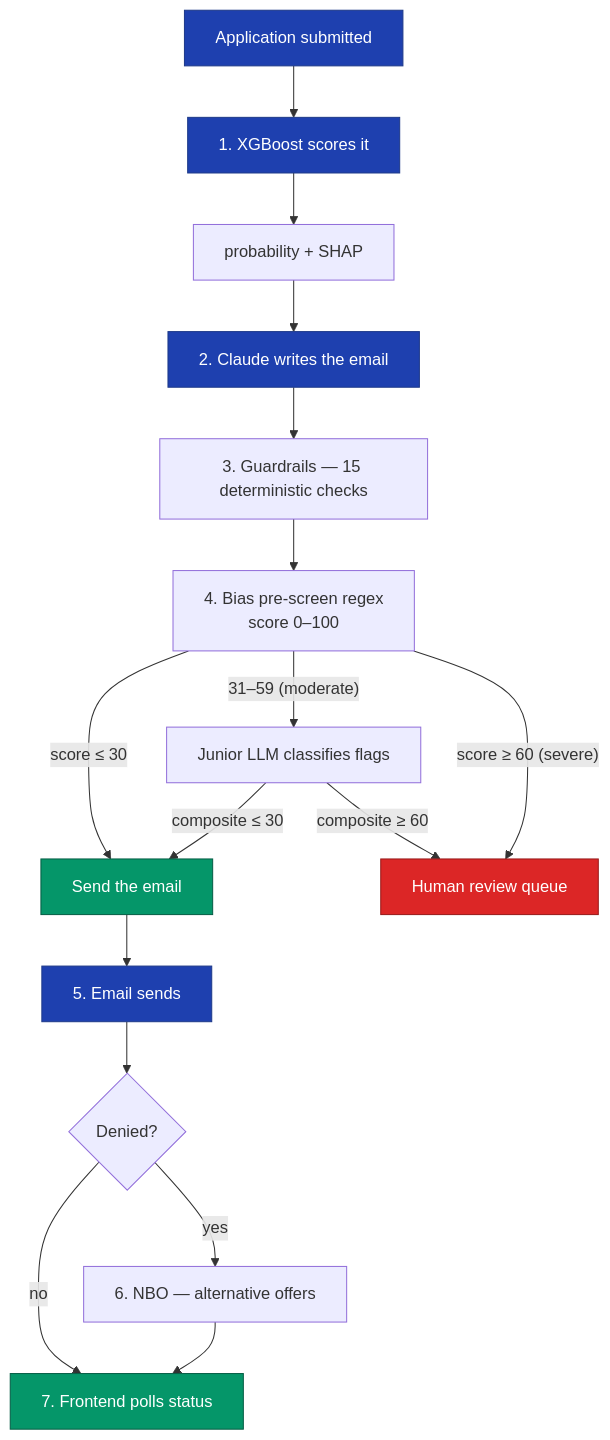
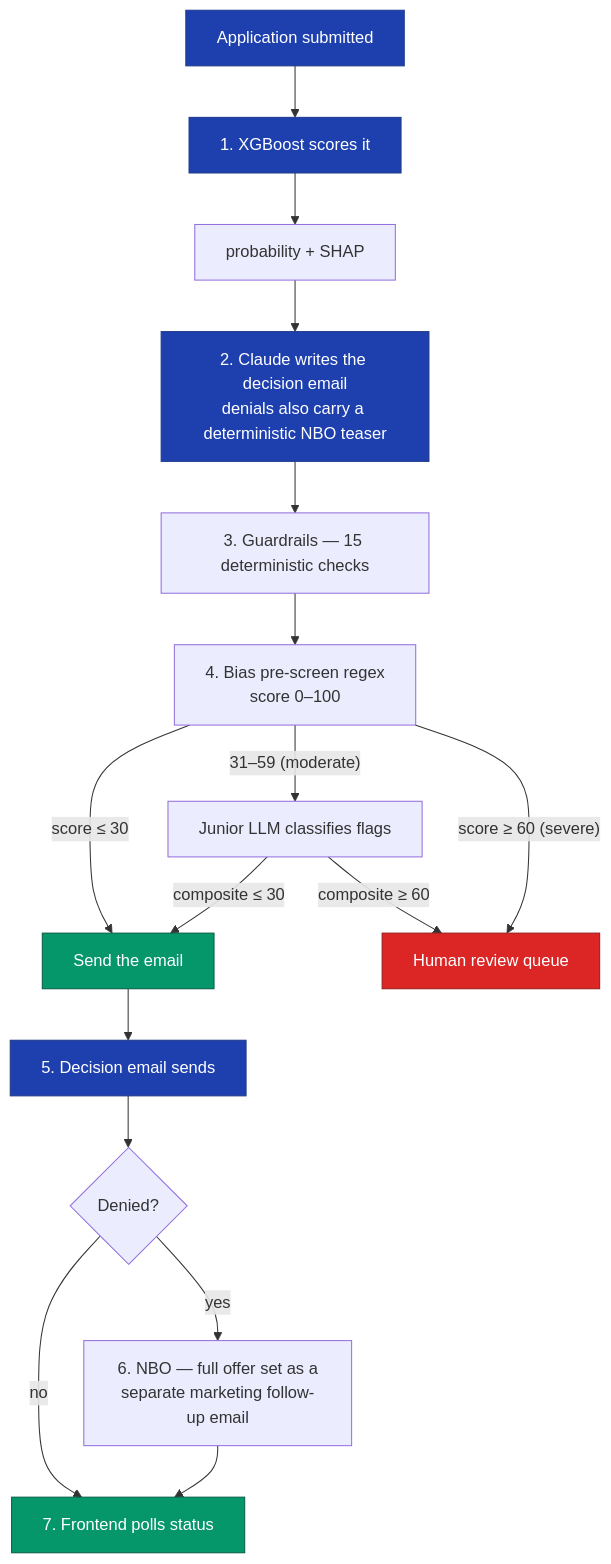
Before and after one commit to zeroyuekun/loan-approval-ai-system: the diagram in README.md, drawn with Mermaid. The commit also changed other lines of this file and 1 other file, not shown here.

Commit message:
docs: document decision-vs-marketing two-email NBO design

````diff
--- a/README.md
+++ b/README.md
@@ -43,25 +43,25 @@
 ```mermaid
 flowchart TD
     A[Application submitted] --> B[1. XGBoost scores it]
     B --> B1[probability + SHAP]
-    B1 --> C[2. Claude writes the email]
+    B1 --> C[2. Claude writes the decision email<br/>denials also carry a deterministic NBO teaser]
     C --> D[3. Guardrails — 15 deterministic checks]
     D --> E[4. Bias pre-screen regex<br/>score 0–100]
     E -- "score ≤ 30" --> F[Send the email]
     E -- "31–59 (moderate)" --> G[Junior LLM classifies flags]
     G -- "composite ≤ 30" --> F
     G -- "composite ≥ 60" --> H[Human review queue]
     E -- "score ≥ 60 (severe)" --> H
-    F --> I[5. Email sends]
+    F --> I[5. Decision email sends]
     I --> J{Denied?}
-    J -- yes --> K[6. NBO — alternative offers]
+    J -- yes --> K[6. NBO — full offer set as a<br/>separate marketing follow-up email]
     J -- no --> L[7. Frontend polls status]
     K --> L
 
     classDef primary fill:#1e40af,color:#fff,stroke:#1e3a8a
     classDef review fill:#dc2626,color:#fff,stroke:#991b1b
     classDef ok fill:#059669,color:#fff,stroke:#065f46
     class A,B,C,I primary
     class H review
     class F,L ok
 ```
````
